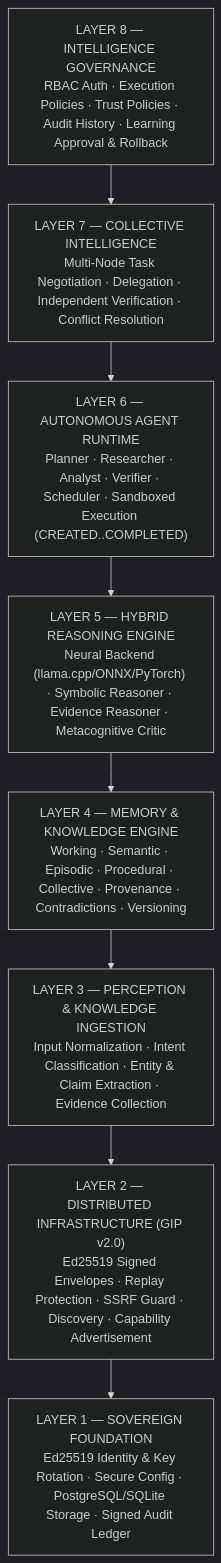
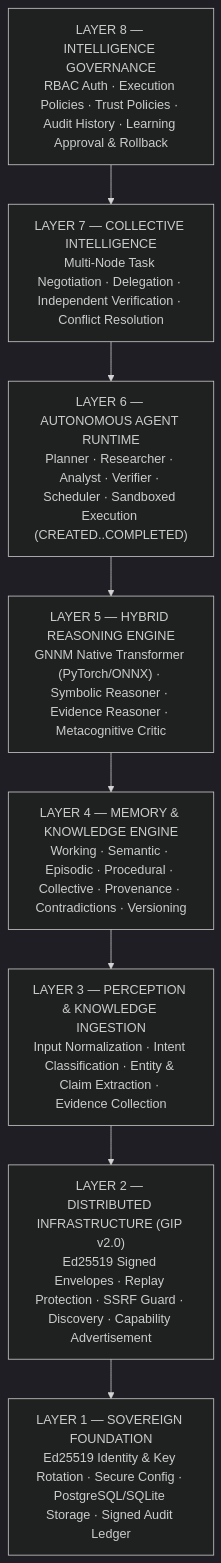
Before and after one commit to hoed/gajahmada-ai: the diagram in docs/ARCHITECTURE_V2.md, drawn with Mermaid (dark theme). The commit also changed other lines of this file and 6 other files, not shown here.

````diff
--- a/docs/ARCHITECTURE_V2.md
+++ b/docs/ARCHITECTURE_V2.md
@@ -17,13 +17,13 @@
 ```mermaid
 flowchart TD
     L8["LAYER 8 — INTELLIGENCE GOVERNANCE<br/>RBAC Auth · Execution Policies · Trust Policies · Audit History · Learning Approval & Rollback"]
     L7["LAYER 7 — COLLECTIVE INTELLIGENCE<br/>Multi-Node Task Negotiation · Delegation · Independent Verification · Conflict Resolution"]
     L6["LAYER 6 — AUTONOMOUS AGENT RUNTIME<br/>Planner · Researcher · Analyst · Verifier · Scheduler · Sandboxed Execution (CREATED..COMPLETED)"]
-    L5["LAYER 5 — HYBRID REASONING ENGINE<br/>Neural Backend (llama.cpp/ONNX/PyTorch) · Symbolic Reasoner · Evidence Reasoner · Metacognitive Critic"]
+    L5["LAYER 5 — HYBRID REASONING ENGINE<br/>GNNM Native Transformer (PyTorch/ONNX) · Symbolic Reasoner · Evidence Reasoner · Metacognitive Critic"]
     L4["LAYER 4 — MEMORY & KNOWLEDGE ENGINE<br/>Working · Semantic · Episodic · Procedural · Collective · Provenance · Contradictions · Versioning"]
     L3["LAYER 3 — PERCEPTION & KNOWLEDGE INGESTION<br/>Input Normalization · Intent Classification · Entity & Claim Extraction · Evidence Collection"]
     L2["LAYER 2 — DISTRIBUTED INFRASTRUCTURE (GIP v2.0)<br/>Ed25519 Signed Envelopes · Replay Protection · SSRF Guard · Discovery · Capability Advertisement"]
     L1["LAYER 1 — SOVEREIGN FOUNDATION<br/>Ed25519 Identity & Key Rotation · Secure Config · PostgreSQL/SQLite Storage · Signed Audit Ledger"]
 
     L8 --> L7 --> L6 --> L5 --> L4 --> L3 --> L2 --> L1
 ```
````
